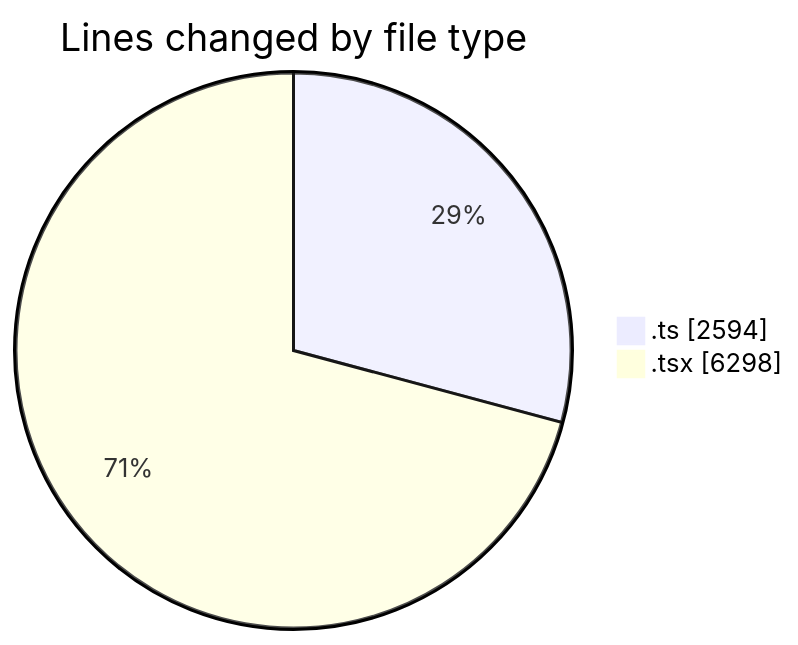
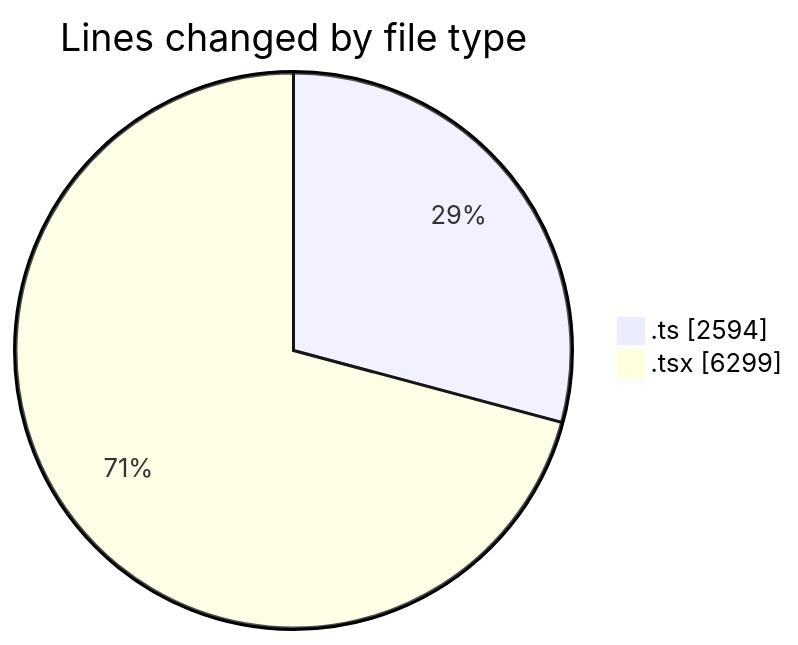
One commit to momahboobian/code-tracking changed the first of 2 diagrams in 2025-07-01/cda/README.md. Above: the diagram before and after it, drawn with Mermaid. The commit also changed other lines of this file and 1 other file, not shown here.

````diff
--- a/2025-07-01/cda/README.md
+++ b/2025-07-01/cda/README.md
@@ -44,6 +44,6 @@
 ```mermaid
 pie showData
 title Lines changed by file type
 ".ts" : 2594
-".tsx" : 6298
+".tsx" : 6299
 ```
````
